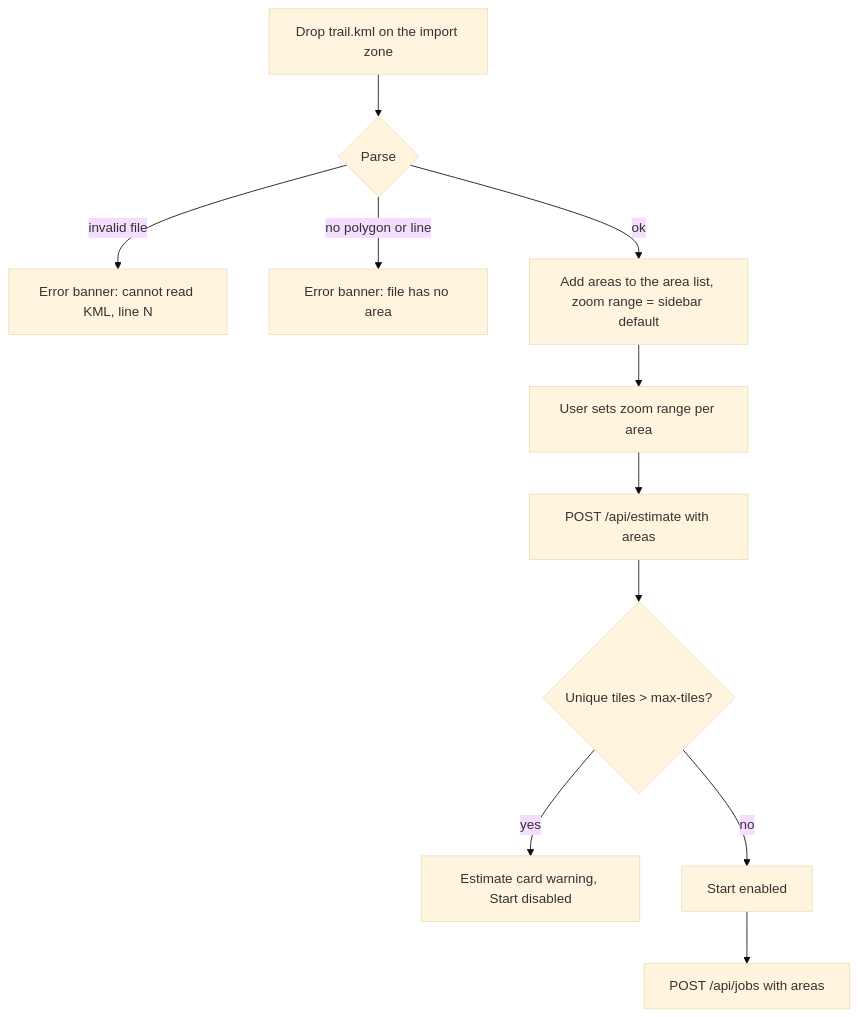
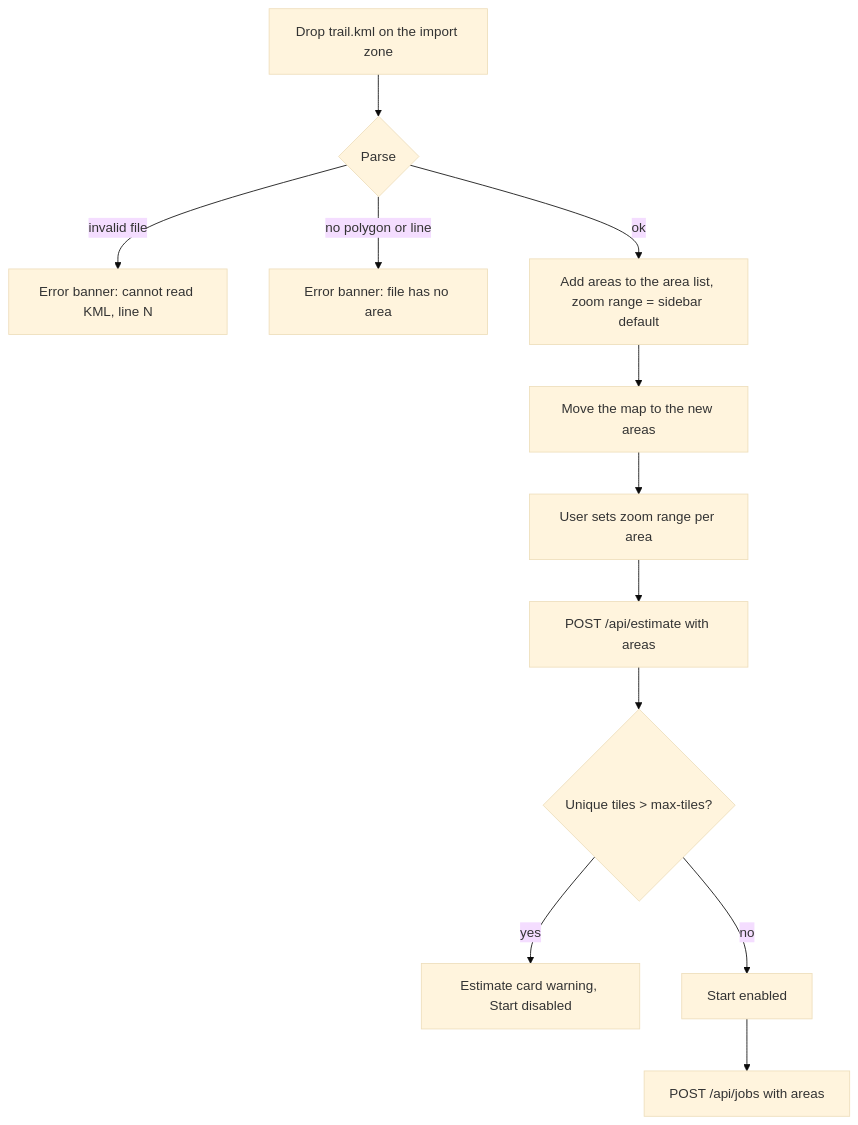
Before and after one commit to Crank-Git/ATAKMapDownloader: the first of 2 diagrams in docs/specs/features/11-area-selection.md, drawn with Mermaid (base theme). The commit also changed other lines of this file and 2 other files, not shown here.

First line of the commit message:
Fit the map to the areas that an import adds (#124)

````diff
--- a/docs/specs/features/11-area-selection.md
+++ b/docs/specs/features/11-area-selection.md
@@ -74,13 +74,14 @@
 ```mermaid
 flowchart TD
   A[Drop trail.kml on the import zone] --> B{Parse}
   B -->|invalid file| X[Error banner: cannot read KML, line N]
   B -->|no polygon or line| Y[Error banner: file has no area]
   B -->|ok| C[Add areas to the area list, zoom range = sidebar default]
-  C --> D[User sets zoom range per area]
+  C --> M[Move the map to the new areas]
+  M --> D[User sets zoom range per area]
   D --> E[POST /api/estimate with areas]
   E --> F{Unique tiles > max-tiles?}
   F -->|yes| Z[Estimate card warning, Start disabled]
   F -->|no| G[Start enabled]
   G --> H[POST /api/jobs with areas]
 ```
````
